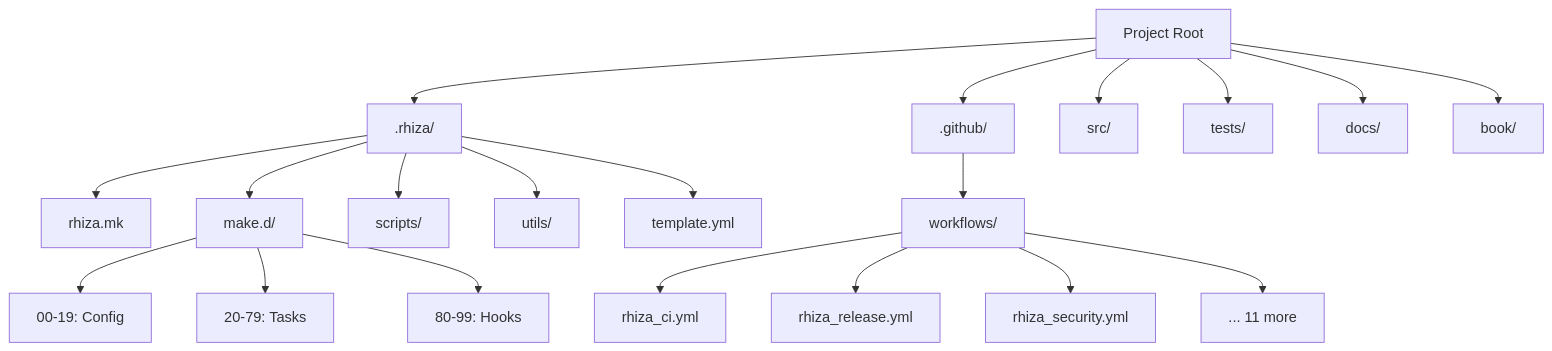
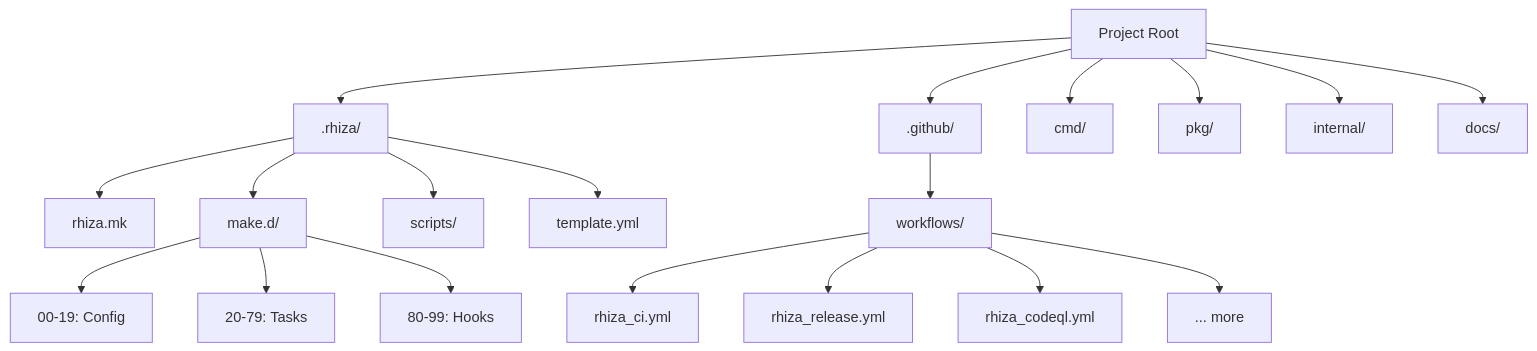
One commit to Jebel-Quant/rhiza-go changed the sixth of 8 diagrams in docs/ARCHITECTURE.md. Above: the diagram before and after it, drawn with Mermaid. The commit also changed other lines of this file and 17 other files, not shown here.

````diff
--- a/docs/ARCHITECTURE.md
+++ b/docs/ARCHITECTURE.md
@@ -156,27 +150,26 @@
 ```mermaid
 flowchart TD
     root[Project Root]
 
     root --> rhiza[.rhiza/]
     root --> github[.github/]
-    root --> src[src/]
-    root --> tests[tests/]
+    root --> cmd[cmd/]
+    root --> pkg[pkg/]
+    root --> internal[internal/]
     root --> docs[docs/]
-    root --> book[book/]
 
     rhiza --> rhizamk[rhiza.mk]
     rhiza --> maked[make.d/]
     rhiza --> scripts[scripts/]
-    rhiza --> utils[utils/]
     rhiza --> template[template.yml]
 
     github --> workflows[workflows/]
     workflows --> ci[rhiza_ci.yml]
     workflows --> release[rhiza_release.yml]
-    workflows --> security[rhiza_security.yml]
-    workflows --> more[... 11 more]
+    workflows --> codeql[rhiza_codeql.yml]
+    workflows --> more[... more]
 
     maked --> m00[00-19: Config]
     maked --> m20[20-79: Tasks]
     maked --> m80[80-99: Hooks]
 ```
````
